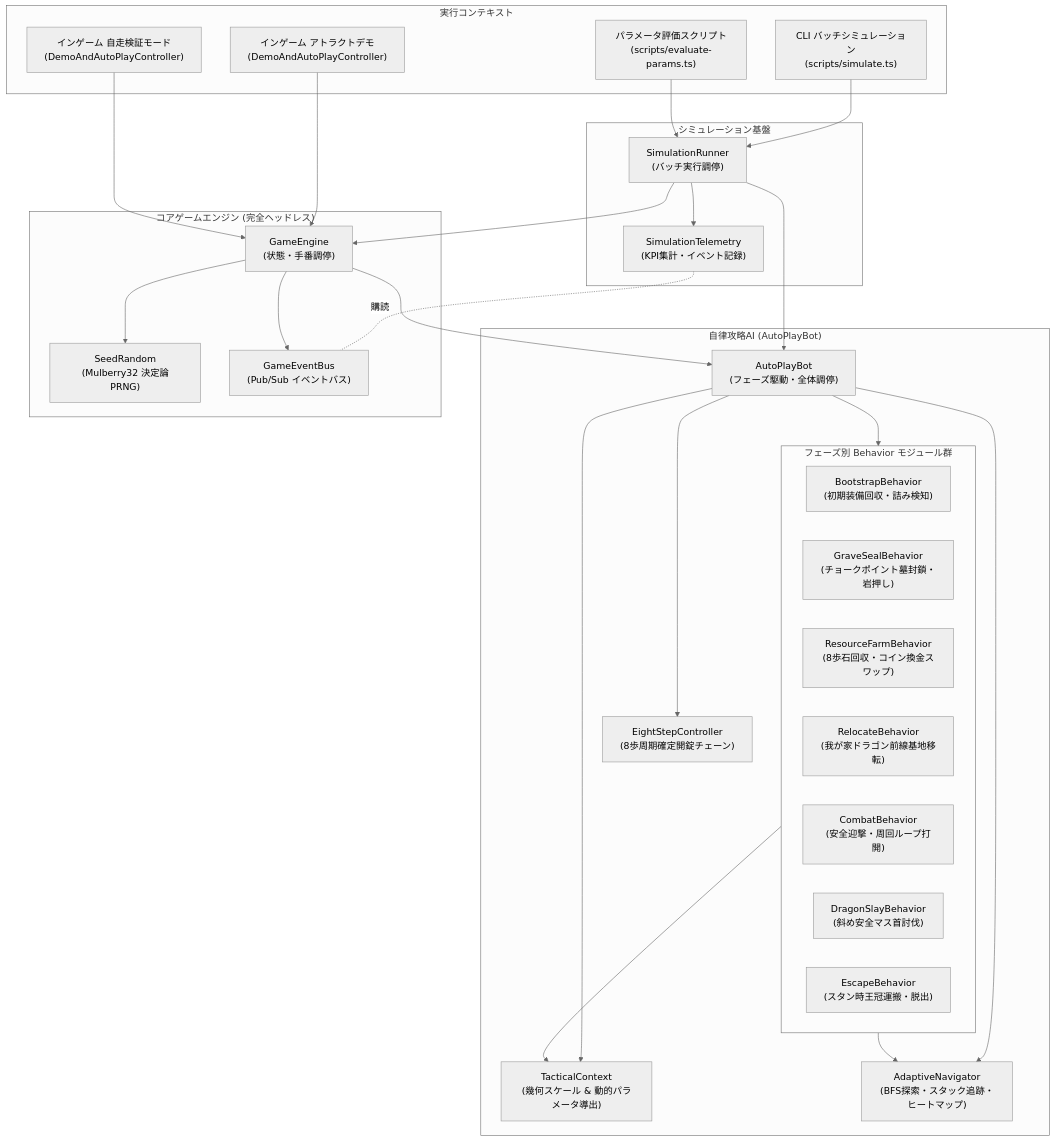
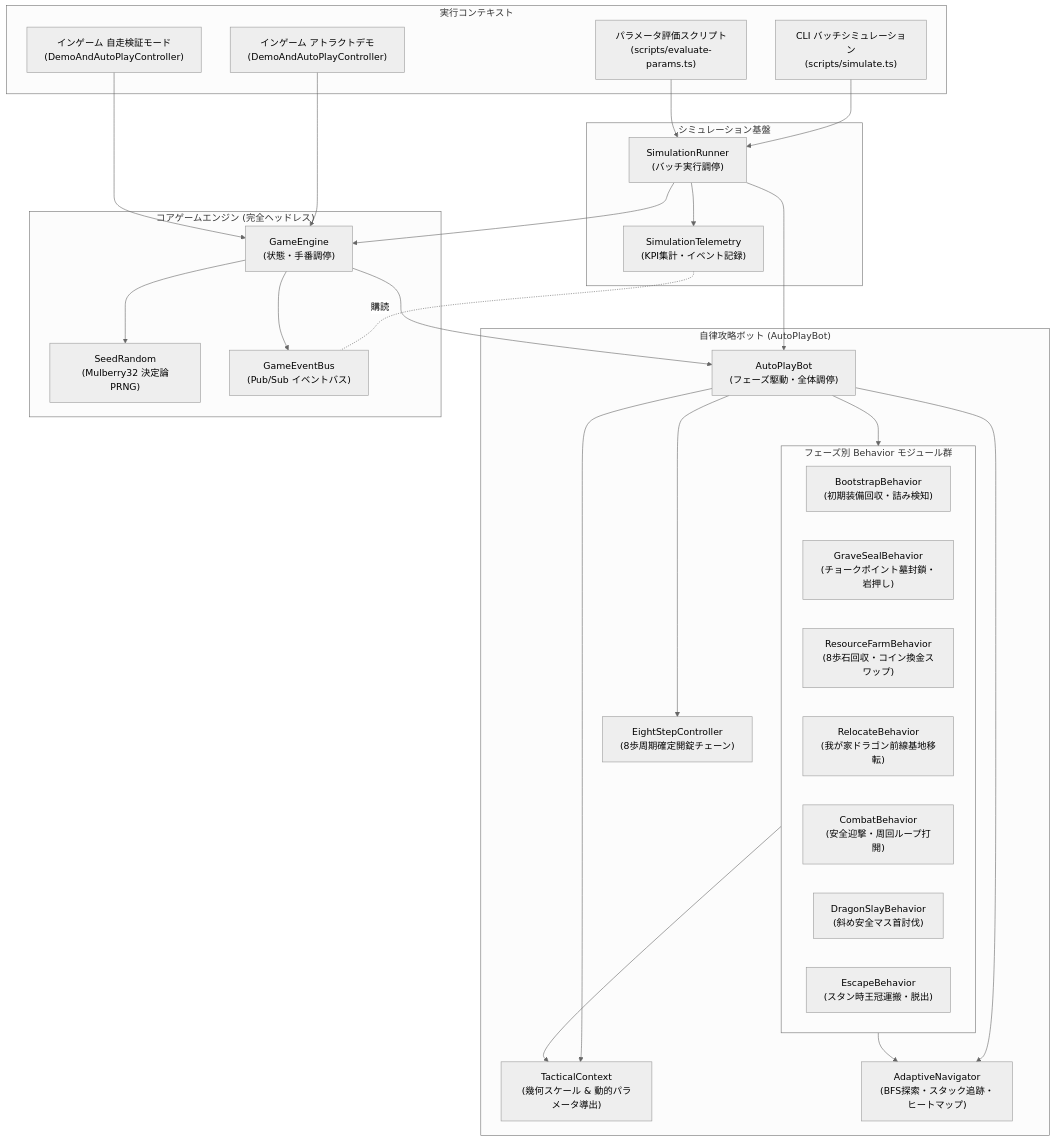
One commit to e3sh/ds1 changed the first of 3 diagrams in docs/autoplay_and_simulation_spec.md. Above: the diagram before and after it, drawn with Mermaid (neutral theme). The commit also changed other lines of this file and 5 other files, not shown here.

````diff
--- a/docs/autoplay_and_simulation_spec.md
+++ b/docs/autoplay_and_simulation_spec.md
@@ -22,58 +25,58 @@
 ```mermaid
 graph TD
     subgraph Execution_Contexts ["実行コンテキスト"]
         CLI["CLI バッチシミュレーション<br>(scripts/simulate.ts)"]
         PARAM["パラメータ評価スクリプト<br>(scripts/evaluate-params.ts)"]
         DEMO["インゲーム アトラクトデモ<br>(DemoAndAutoPlayController)"]
         VERIFY["インゲーム 自走検証モード<br>(DemoAndAutoPlayController)"]
     end
 
-    subgraph AI_Core ["自律攻略AI (AutoPlayBot)"]
+    subgraph Bot_Core ["自律攻略ボット (AutoPlayBot)"]
         Bot["AutoPlayBot<br>(フェーズ駆動・全体調停)"]
         Context["TacticalContext<br>(幾何スケール & 動的パラメータ導出)"]
         Nav["AdaptiveNavigator<br>(BFS探索・スタック追跡・ヒートマップ)"]
         EightStep["EightStepController<br>(8歩周期確定開錠チェーン)"]
 
         subgraph Behaviors ["フェーズ別 Behavior モジュール群"]
             B_Boot["BootstrapBehavior<br>(初期装備回収・詰み検知)"]
             B_Grave["GraveSealBehavior<br>(チョークポイント墓封鎖・岩押し)"]
             B_Farm["ResourceFarmBehavior<br>(8歩石回収・コイン換金スワップ)"]
             B_Reloc["RelocateBehavior<br>(我が家ドラゴン前線基地移転)"]
             B_Combat["CombatBehavior<br>(安全迎撃・周回ループ打開)"]
             B_Slay["DragonSlayBehavior<br>(斜め安全マス首討伐)"]
             B_Escape["EscapeBehavior<br>(スタン時王冠運搬・脱出)"]
         end
 
         Bot --> Context
         Bot --> Nav
         Bot --> EightStep
         Bot --> Behaviors
         Behaviors --> Nav
         Behaviors --> Context
     end
 
     subgraph Simulation_Layer ["シミュレーション基盤"]
         Runner["SimulationRunner<br>(バッチ実行調停)"]
         Telemetry["SimulationTelemetry<br>(KPI集計・イベント記録)"]
     end
 
     subgraph Core_Engine ["コアゲームエンジン (完全ヘッドレス)"]
         Engine["GameEngine<br>(状態・手番調停)"]
         RNG["SeedRandom<br>(Mulberry32 決定論PRNG)"]
         Bus["GameEventBus<br>(Pub/Sub イベントバス)"]
     end
 
     CLI --> Runner
     PARAM --> Runner
     Runner --> Bot
     Runner --> Telemetry
     Runner --> Engine
 
     DEMO --> Engine
     VERIFY --> Engine
     Engine --> Bot
 
     Telemetry -.購読.- Bus
     Engine --> Bus
     Engine --> RNG
 ```
````
